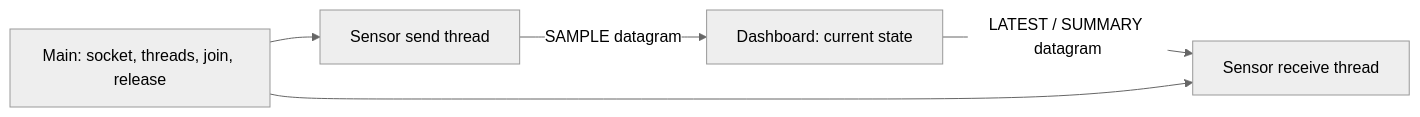
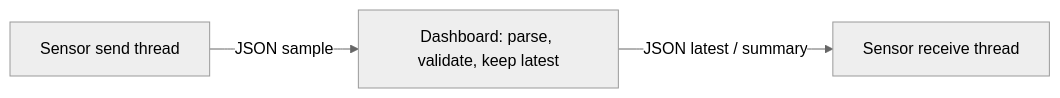
One commit to HuangX666/hx_c_platform changed the diagram in docs/UDP_BUSINESS.md. Above: the diagram before and after it, drawn with Mermaid (neutral theme). The commit also changed other lines of this file and 32 other files, not shown here.

````diff
--- a/docs/UDP_BUSINESS.md
+++ b/docs/UDP_BUSINESS.md
@@ -43,7 +43,5 @@
 ```mermaid
 flowchart LR
-    TX[Sensor send thread] -->|SAMPLE datagram| S[Dashboard: current state]
-    S -->|LATEST / SUMMARY datagram| RX[Sensor receive thread]
-    Main[Main: socket, threads, join, release] --> TX
-    Main --> RX
+    TX[Sensor send thread] -->|JSON sample| S[Dashboard: parse, validate, keep latest]
+    S -->|JSON latest / summary| RX[Sensor receive thread]
 ```
````
